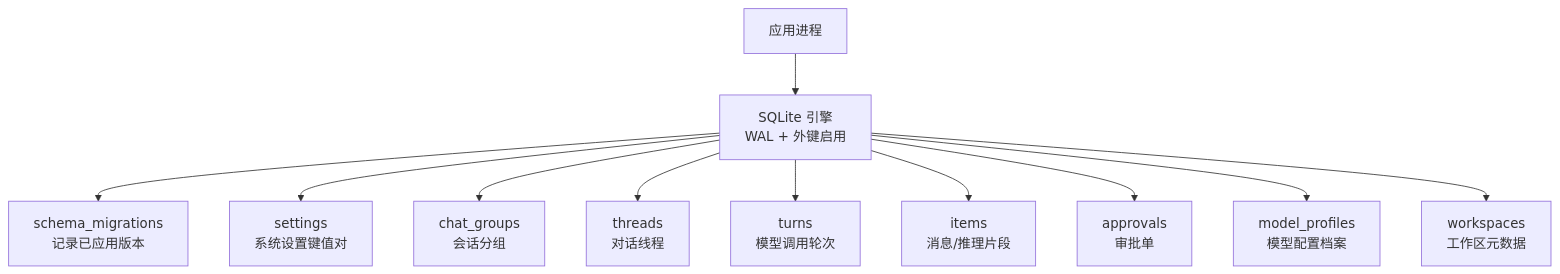
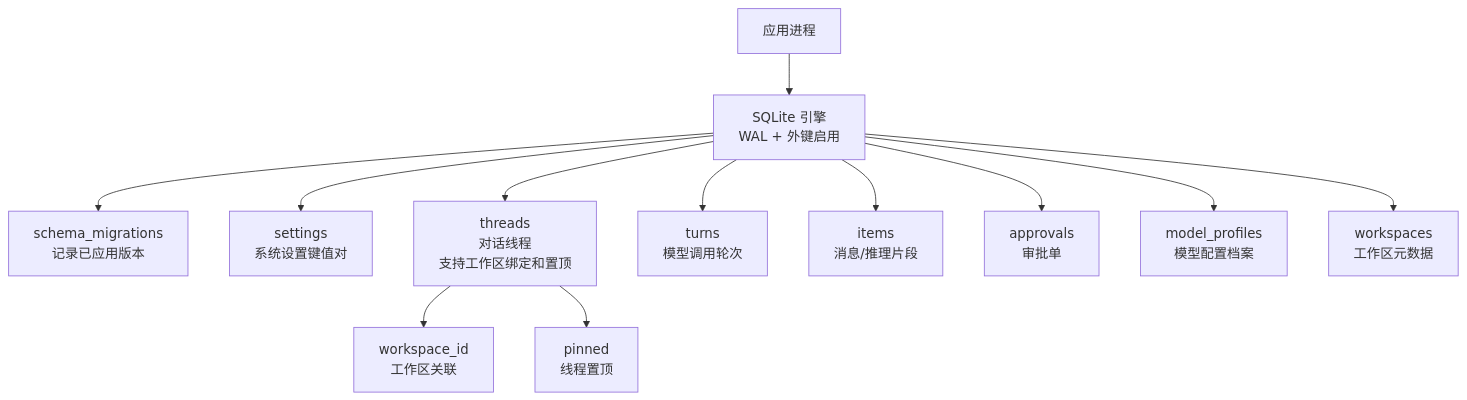
Before and after one commit to dyx-9163/ai-aifar: the first of 3 diagrams in .qoder/repowiki/zh/content/数据管理/数据库架构设计/表结构定义.md, drawn with Mermaid. The commit also changed other lines of this file and 10 other files, not shown here.

````diff
--- a/.qoder/repowiki/zh/content/数据管理/数据库架构设计/表结构定义.md
+++ b/.qoder/repowiki/zh/content/数据管理/数据库架构设计/表结构定义.md
@@ -27,13 +39,14 @@
 ```mermaid
 graph TB
 A["应用进程"] --> B["SQLite 引擎<br/>WAL + 外键启用"]
 B --> C["schema_migrations<br/>记录已应用版本"]
 B --> D["settings<br/>系统设置键值对"]
-B --> E["chat_groups<br/>会话分组"]
-B --> F["threads<br/>对话线程"]
-B --> G["turns<br/>模型调用轮次"]
-B --> H["items<br/>消息/推理片段"]
-B --> I["approvals<br/>审批单"]
-B --> J["model_profiles<br/>模型配置档案"]
-B --> K["workspaces<br/>工作区元数据"]
+B --> E["threads<br/>对话线程<br/>支持工作区绑定和置顶"]
+B --> F["turns<br/>模型调用轮次"]
+B --> G["items<br/>消息/推理片段"]
+B --> H["approvals<br/>审批单"]
+B --> I["model_profiles<br/>模型配置档案"]
+B --> J["workspaces<br/>工作区元数据"]
+E --> K["workspace_id<br/>工作区关联"]
+E --> L["pinned<br/>线程置顶"]
 ```
````
